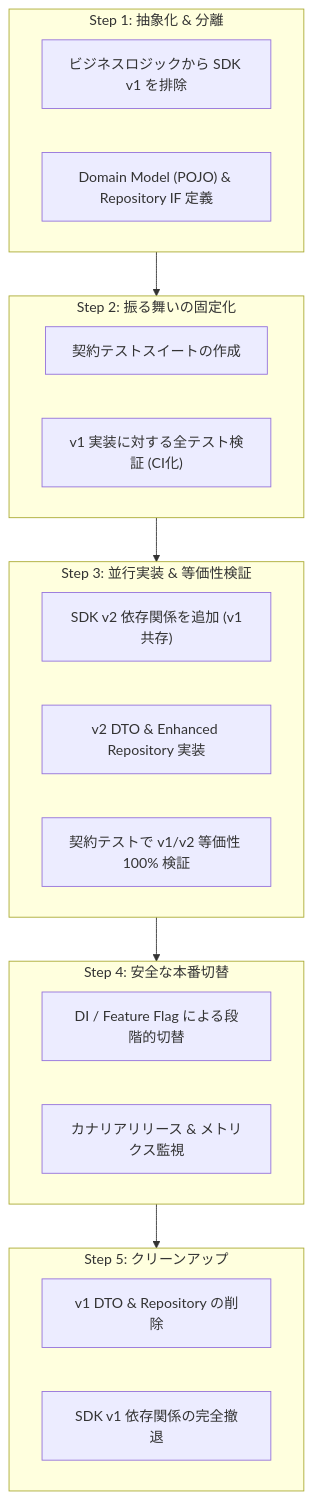
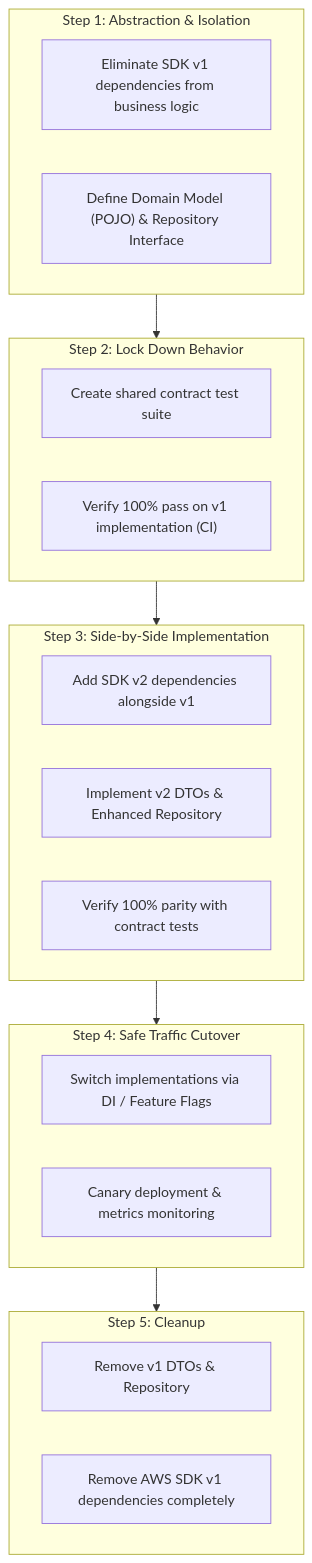
The diagram in README.md (green-tea-stalk/dynamodb-migration-sample), drawn with Mermaid before and after one commit. The commit also changed other lines of this file and 20 other files, not shown here.

````diff
--- a/README.md
+++ b/README.md
@@ -59,26 +80,26 @@
 ```mermaid
 flowchart TD
-    subgraph S1["Step 1: 抽象化 & 分離"]
-        A1["ビジネスロジックから SDK v1 を排除"]
-        A2["Domain Model (POJO) & Repository IF 定義"]
+    subgraph S1["Step 1: Abstraction & Isolation"]
+        A1["Eliminate SDK v1 dependencies from business logic"]
+        A2["Define Domain Model (POJO) & Repository Interface"]
     end
-    subgraph S2["Step 2: 振る舞いの固定化"]
-        B1["契約テストスイートの作成"]
-        B2["v1 実装に対する全テスト検証 (CI化)"]
+    subgraph S2["Step 2: Lock Down Behavior"]
+        B1["Create shared contract test suite"]
+        B2["Verify 100% pass on v1 implementation (CI)"]
     end
-    subgraph S3["Step 3: 並行実装 & 等価性検証"]
-        C1["SDK v2 依存関係を追加 (v1共存)"]
-        C2["v2 DTO & Enhanced Repository 実装"]
-        C3["契約テストで v1/v2 等価性 100% 検証"]
+    subgraph S3["Step 3: Side-by-Side Implementation"]
+        C1["Add SDK v2 dependencies alongside v1"]
+        C2["Implement v2 DTOs & Enhanced Repository"]
+        C3["Verify 100% parity with contract tests"]
     end
-    subgraph S4["Step 4: 安全な本番切替"]
-        D1["DI / Feature Flag による段階的切替"]
-        D2["カナリアリリース & メトリクス監視"]
+    subgraph S4["Step 4: Safe Traffic Cutover"]
+        D1["Switch implementations via DI / Feature Flags"]
+        D2["Canary deployment & metrics monitoring"]
     end
-    subgraph S5["Step 5: クリーンアップ"]
-        E1["v1 DTO & Repository の削除"]
-        E2["SDK v1 依存関係の完全撤退"]
+    subgraph S5["Step 5: Cleanup"]
+        E1["Remove v1 DTOs & Repository"]
+        E2["Remove AWS SDK v1 dependencies completely"]
     end
 
     S1 --> S2 --> S3 --> S4 --> S5
 ```
````
